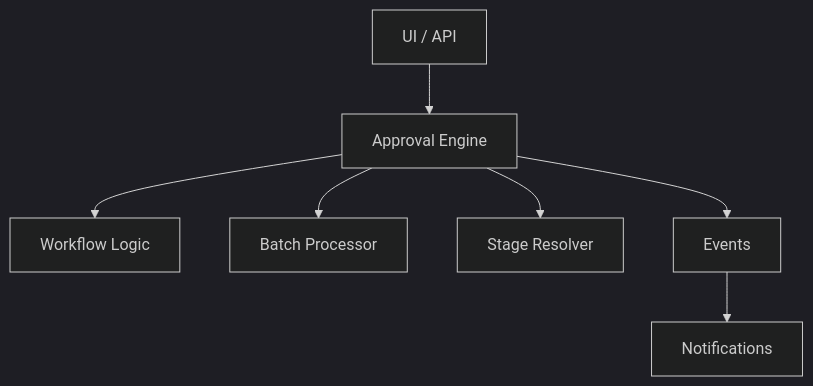
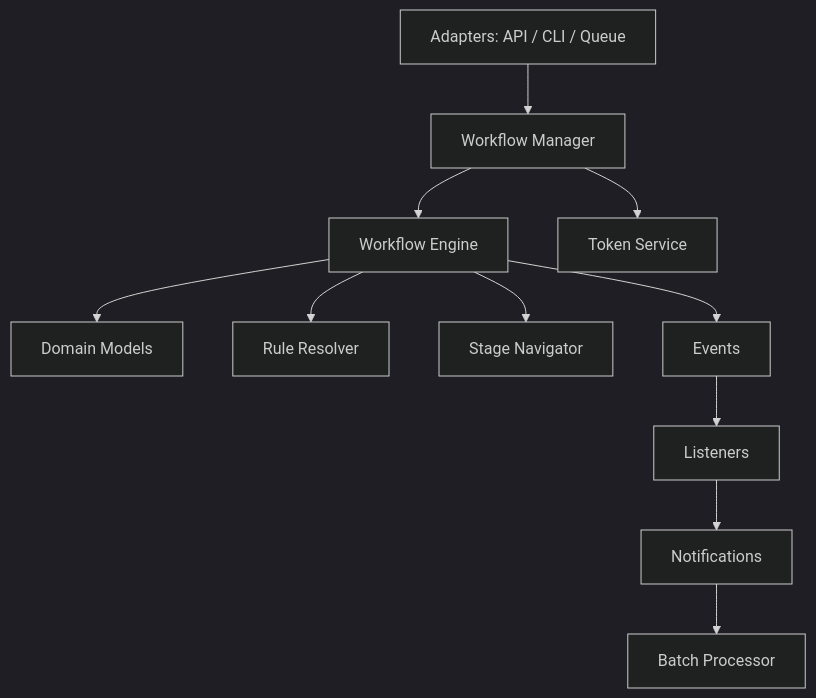
Before and after one commit to apurba-labs/laravel-approval-engine: the third of 3 diagrams in README.md, drawn with Mermaid (dark theme). The commit also changed other lines of this file and 31 other files, not shown here.

Commit message:
feat(v1.4): finalize clean architecture, token approval API, and engine stabilization

````diff
--- a/README.md
+++ b/README.md
@@ -307,9 +332,15 @@
 ```mermaid
 graph TD
-    A[UI / API] --> B[Approval Engine]
-    B --> C[Workflow Logic]
-    B --> D[Batch Processor]
-    B --> E[Stage Resolver]
-    B --> F[Events]
-    F --> G[Notifications]
+    A[Adapters: API / CLI / Queue] --> B[Workflow Manager]
+    B --> C[Workflow Engine]
+    C --> D[Domain Models]
+    C --> E[Rule Resolver]
+    C --> F[Stage Navigator]
+    C --> G[Events]
+
+    G --> H[Listeners]
+    H --> I[Notifications]
+    I --> J[Batch Processor]
+
+    B --> K[Token Service]
 ```
````
